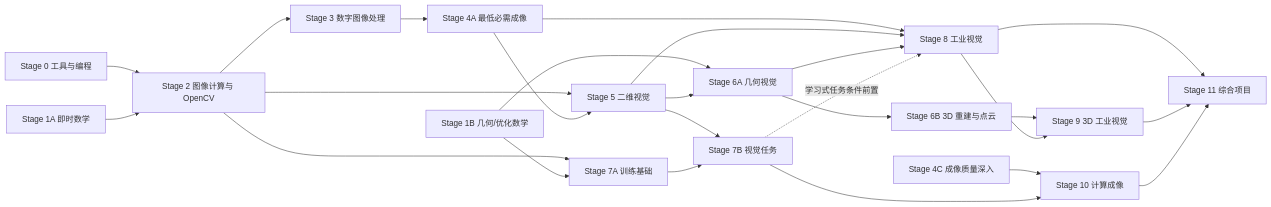
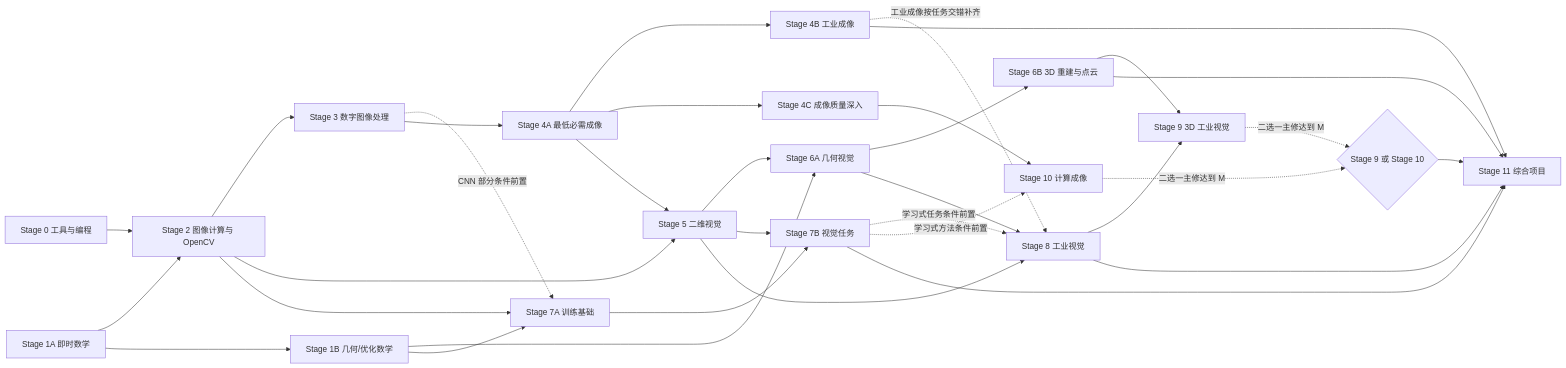
Before and after one commit to jiajunding18-sudo/----: the diagram in ROADMAP.md, drawn with Mermaid. The commit also changed other lines of this file and 3 other files, not shown here.

````diff
--- a/ROADMAP.md
+++ b/ROADMAP.md
@@ -11,27 +11,35 @@
 ```mermaid
 flowchart LR
   S0[Stage 0 工具与编程] --> S2[Stage 2 图像计算与 OpenCV]
   S1A[Stage 1A 即时数学] --> S2
+  S1A --> S1B[Stage 1B 几何/优化数学]
   S2 --> S3[Stage 3 数字图像处理]
   S2 --> S5[Stage 5 二维视觉]
   S2 --> S7A[Stage 7A 训练基础]
+  S3 -. CNN 部分条件前置 .-> S7A
   S3 --> S4A[Stage 4A 最低必需成像]
+  S4A --> S4B[Stage 4B 工业成像]
+  S4A --> S4C[Stage 4C 成像质量深入]
   S4A --> S5
-  S4A --> S8[Stage 8 工业视觉]
-  S1B[Stage 1B 几何/优化数学] --> S6A[Stage 6A 几何视觉]
+  S4B -. 工业成像按任务交错补齐 .-> S8[Stage 8 工业视觉]
+  S1B --> S6A[Stage 6A 几何视觉]
   S5 --> S6A
   S1B --> S7A
   S5 --> S7B[Stage 7B 视觉任务]
   S7A --> S7B
   S6A --> S6B[Stage 6B 3D 重建与点云]
   S5 --> S8
   S6A --> S8
   S7B -. 学习式任务条件前置 .-> S8
   S6B --> S9[Stage 9 3D 工业视觉]
   S8 --> S9
-  S4C[Stage 4C 成像质量深入] --> S10[Stage 10 计算成像]
-  S7B --> S10
+  S4C --> S10[Stage 10 计算成像]
+  S7B -. 学习式方法条件前置 .-> S10
   S8 --> S11[Stage 11 综合项目]
-  S9 --> S11
-  S10 --> S11
+  S4B --> S11
+  S6B --> S11
+  S7B --> S11
+  S9 -. 二选一主修达到 M .-> ADV{Stage 9 或 Stage 10}
+  S10 -. 二选一主修达到 M .-> ADV
+  ADV --> S11
 ```
````
